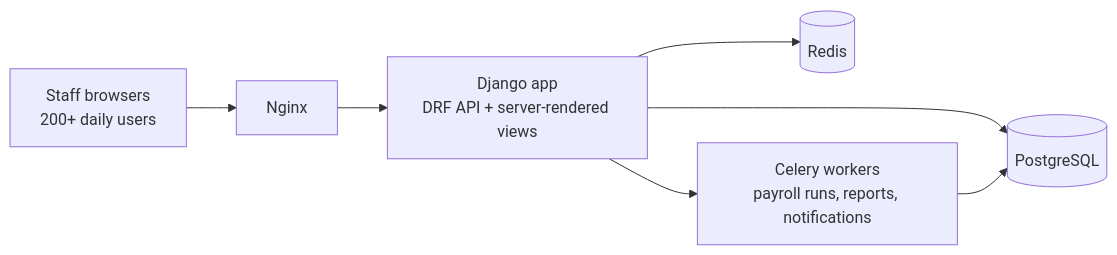
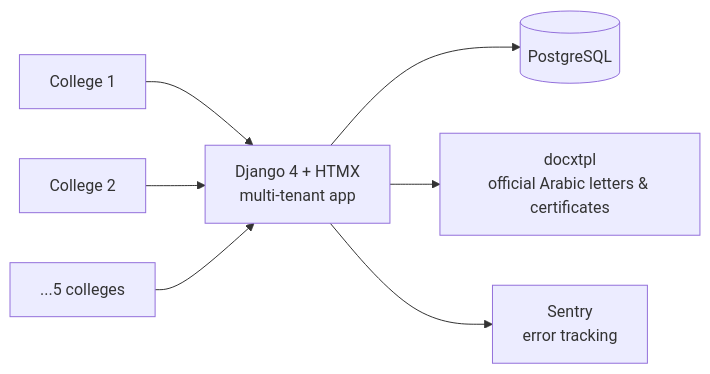
Before and after one commit to hosin211/production-systems: the diagram in two-rivers-erp.md, drawn with Mermaid. The commit also changed other lines of this file and 3 other files, not shown here.

Commit message:
Correct case studies to match reality: Two Rivers covers students+staff across 5 colleges (HTMX/docxtpl stack), KMS 4 core jobs incl safety permits + inventory; Al-Hadi platform is work history, not a third system

````diff
--- a/two-rivers-erp.md
+++ b/two-rivers-erp.md
@@ -18,9 +26,7 @@
 ```mermaid
 flowchart LR
-    U[Staff browsers<br/>200+ daily users] --> N[Nginx]
-    N --> A[Django app<br/>DRF API + server-rendered views]
+    C1[College 1] & C2[College 2] & C3[...5 colleges] --> A[Django 4 + HTMX<br/>multi-tenant app]
     A --> P[(PostgreSQL)]
-    A --> R[(Redis)]
-    A --> C[Celery workers<br/>payroll runs, reports, notifications]
-    C --> P
+    A --> D[docxtpl<br/>official Arabic letters & certificates]
+    A --> S[Sentry<br/>error tracking]
 ```
````
